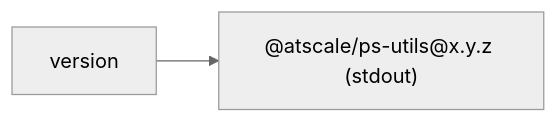
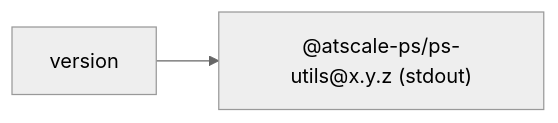
One commit to AtScaleInc/ps-utils changed the seventh of 8 diagrams in README.md. Above: the diagram before and after it, drawn with Mermaid (neutral theme). The commit also changed other lines of this file and 12 other files, not shown here.

````diff
--- a/README.md
+++ b/README.md
@@ -109,4 +109,4 @@
 ```mermaid
 flowchart LR
-    A["version"] --> VER["@atscale/ps-utils@x.y.z (stdout)"]
+    A["version"] --> VER["@atscale-ps/ps-utils@x.y.z (stdout)"]
 ```
````
